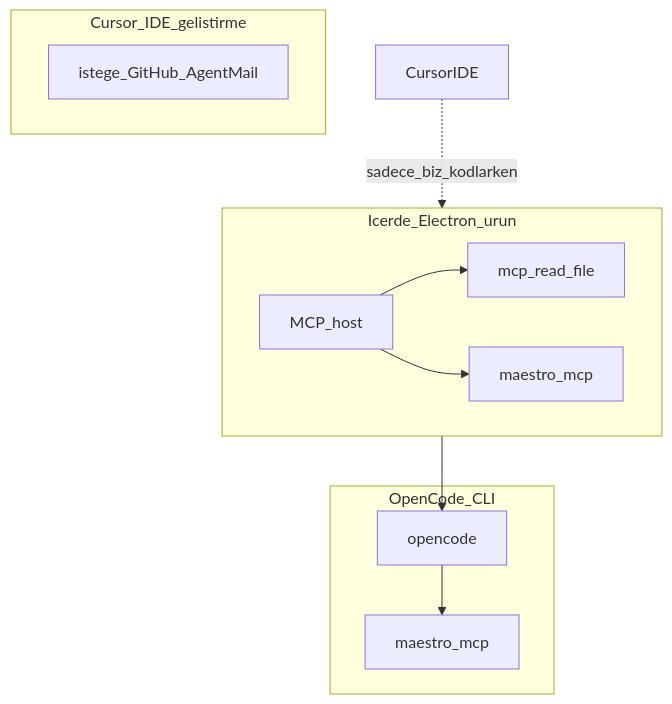
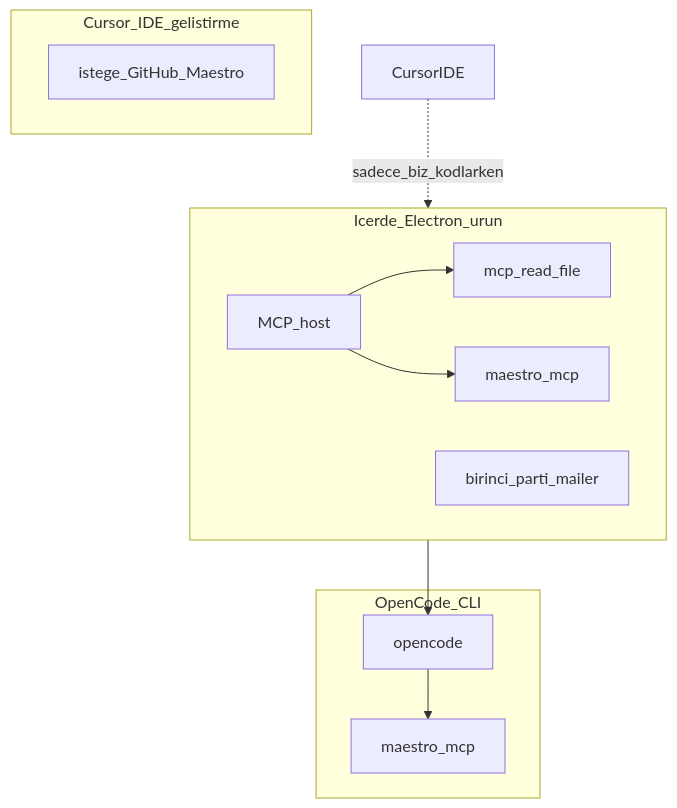
One commit to emrahyasinisik/Cherry changed the diagram in docs/integrations.md. Above: the diagram before and after it, drawn with Mermaid. The commit also changed other lines of this file and 12 other files, not shown here.

````diff
--- a/docs/integrations.md
+++ b/docs/integrations.md
@@ -9,17 +9,18 @@
 ```mermaid
 flowchart TB
   subgraph cursorIDE [Cursor_IDE_gelistirme]
-    CursorMCP[istege_GitHub_AgentMail]
+    CursorMCP[istege_GitHub_Maestro]
   end
   subgraph icerdeApp [Icerde_Electron_urun]
     Host[MCP_host]
     Host --> Read[mcp_read_file]
     Host --> Maestro[maestro_mcp]
+    Mailer[birinci_parti_mailer]
   end
   subgraph writer [OpenCode_CLI]
     OC[opencode]
     OC --> MaestroOC[maestro_mcp]
   end
   CursorIDE -.->|sadece_biz_kodlarken| icerdeApp
   icerdeApp --> OC
 ```
````
